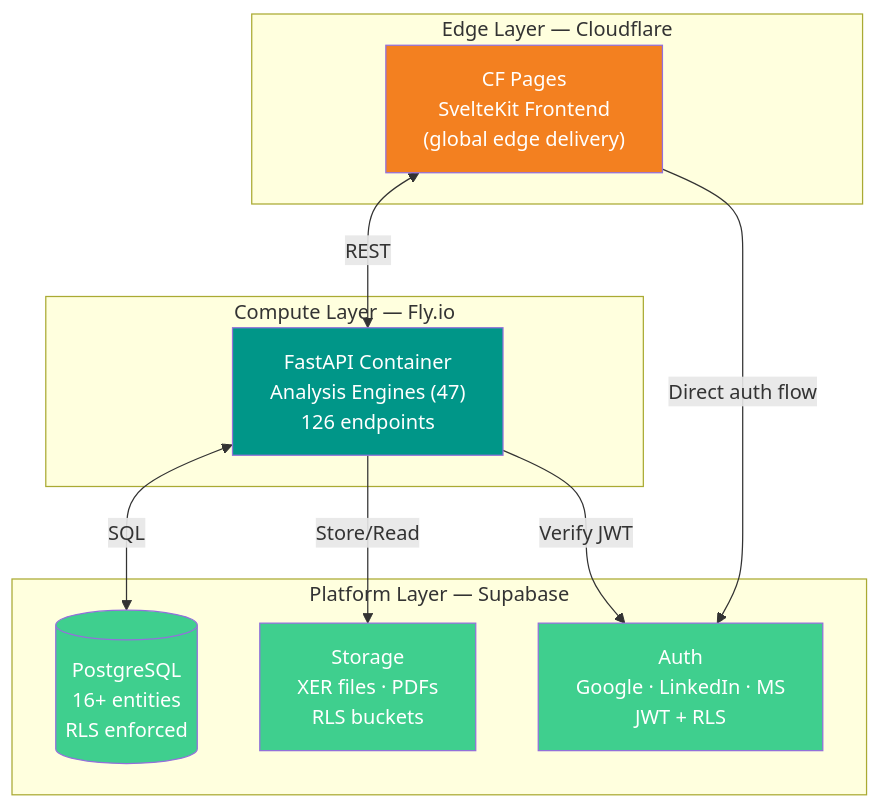
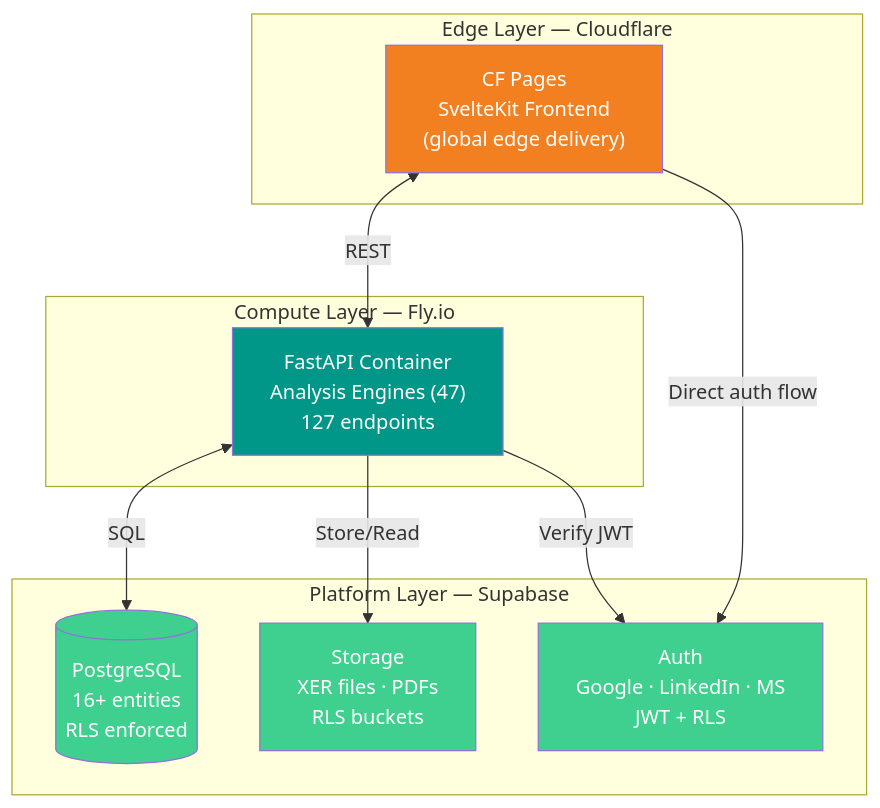
One commit to VitorMRodovalho/meridianiq changed the first of 2 diagrams in README.md. Above: the diagram before and after it, drawn with Mermaid. The commit also changed other lines of this file and 7 other files, not shown here.

````diff
--- a/README.md
+++ b/README.md
@@ -116,28 +116,28 @@
 ```mermaid
 graph TB
     subgraph "Edge Layer — Cloudflare"
         CF_PAGES["CF Pages<br/>SvelteKit Frontend<br/>(global edge delivery)"]
     end
 
     subgraph "Compute Layer — Fly.io"
-        FASTAPI["FastAPI Container<br/>Analysis Engines (47)<br/>126 endpoints"]
+        FASTAPI["FastAPI Container<br/>Analysis Engines (47)<br/>127 endpoints"]
     end
 
     subgraph "Platform Layer — Supabase"
         AUTH["Auth<br/>Google · LinkedIn · MS<br/>JWT + RLS"]
         DB[("PostgreSQL<br/>16+ entities<br/>RLS enforced")]
         STORAGE["Storage<br/>XER files · PDFs<br/>RLS buckets"]
     end
 
     CF_PAGES <-->|"REST"| FASTAPI
     FASTAPI <-->|"SQL"| DB
     FASTAPI -->|"Store/Read"| STORAGE
     FASTAPI -->|"Verify JWT"| AUTH
     CF_PAGES -->|"Direct auth flow"| AUTH
 
     style CF_PAGES fill:#F38020,color:#fff
     style FASTAPI fill:#009688,color:#fff
     style DB fill:#3FCF8E,color:#fff
     style AUTH fill:#3FCF8E,color:#fff
     style STORAGE fill:#3FCF8E,color:#fff
 ```
````
